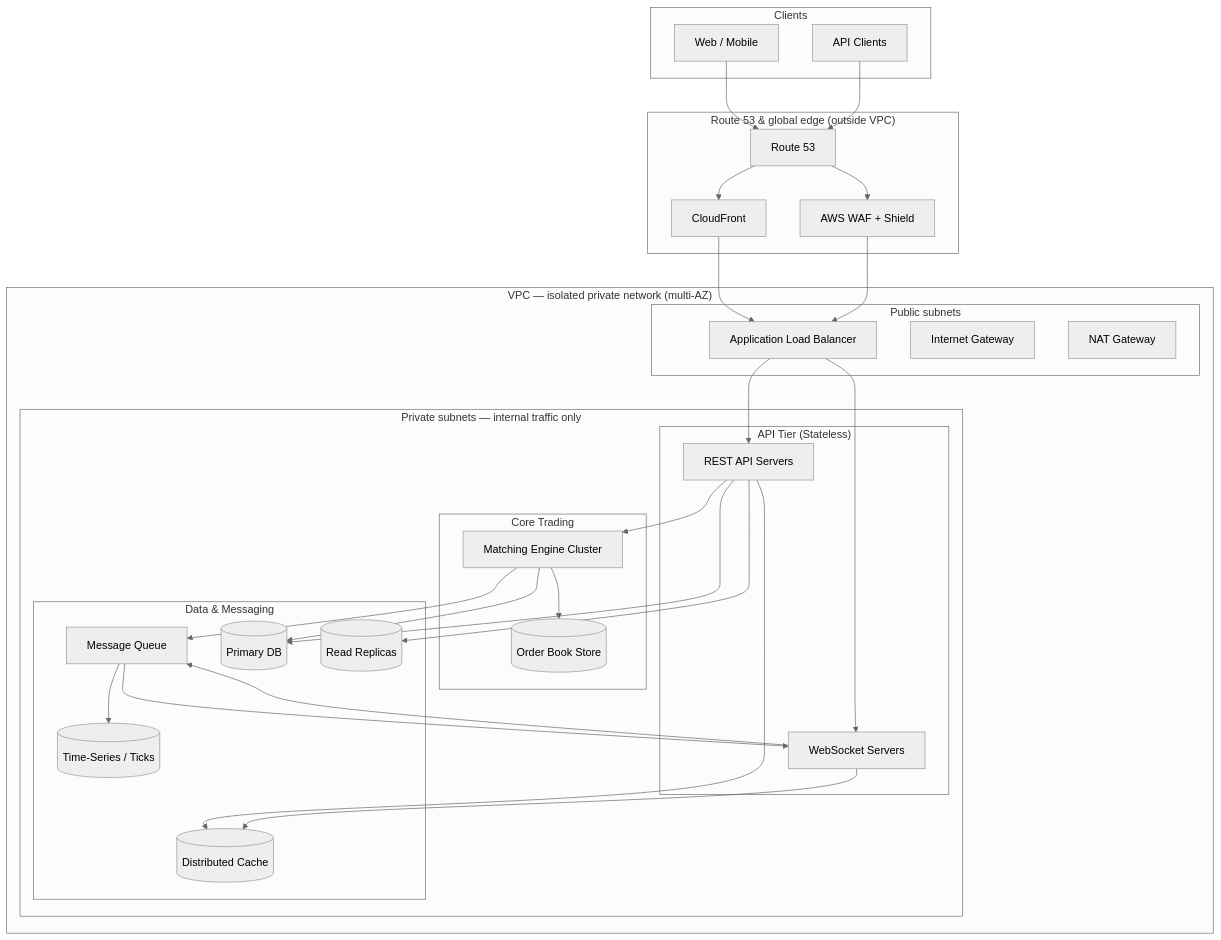
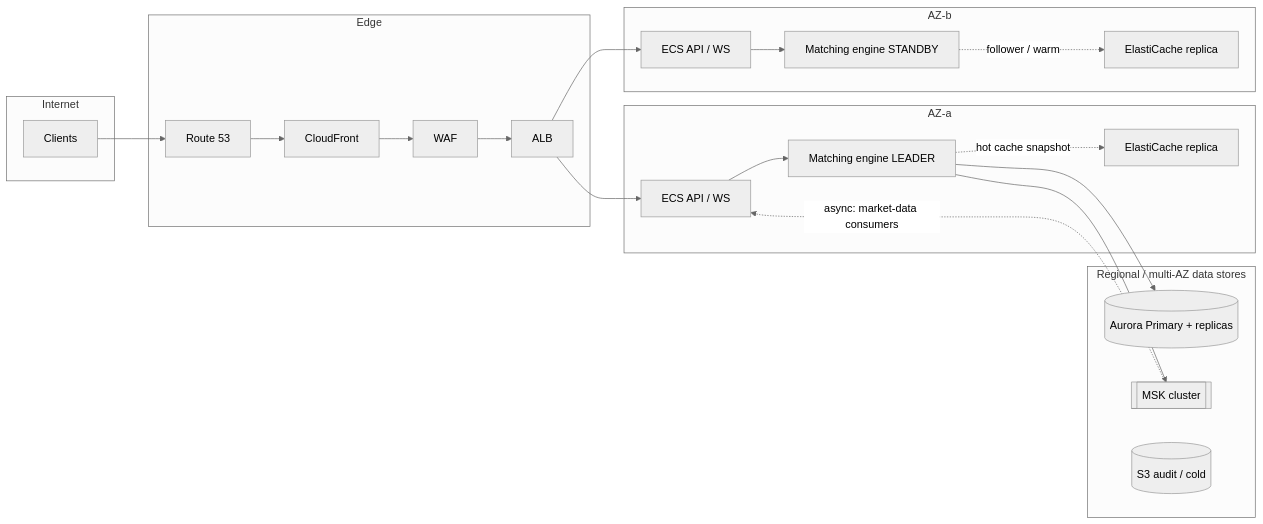
One commit to duclan2703/devops-challenge changed the first of 3 diagrams in src/problem2/SOLUTION.md. Above: the diagram before and after it, drawn with Mermaid (neutral theme). The commit also changed other lines of this file, not shown here.

````diff
--- a/src/problem2/SOLUTION.md
+++ b/src/problem2/SOLUTION.md
@@ -33,58 +46,42 @@
 ```mermaid
-flowchart TB
-    subgraph Clients
-        Web[Web / Mobile]
-        API_Users[API Clients]
+flowchart LR
+    subgraph Internet
+        Clients[Clients]
     end
 
-    subgraph Global["Route 53 & global edge (outside VPC)"]
+    subgraph Edge
         R53[Route 53]
-        CDN[CloudFront]
-        WAF[AWS WAF + Shield]
+        CF[CloudFront]
+        WAF[WAF]
+        ALB[ALB]
     end
 
-    subgraph VPC["VPC — isolated private network (multi-AZ)"]
-        subgraph Public["Public subnets"]
-            ALB[Application Load Balancer]
-            IGW[Internet Gateway]
-            NAT[NAT Gateway]
-        end
-        subgraph Private["Private subnets — internal traffic only"]
-            subgraph API["API Tier (Stateless)"]
-                REST[REST API Servers]
-                WS[WebSocket Servers]
-            end
-            subgraph Core["Core Trading"]
-                ME[Matching Engine Cluster]
-                OB[(Order Book Store)]
-            end
-            subgraph Data["Data & Messaging"]
-                MQ[Message Queue]
-                Cache[(Distributed Cache)]
-                DB[(Primary DB)]
-                Replica[(Read Replicas)]
-                TS[(Time-Series / Ticks)]
-            end
-        end
+    subgraph AZ_A["AZ-a"]
+        ECS_A[ECS API / WS]
+        ME_L[Matching engine LEADER]
+        REDIS_A[ElastiCache replica]
     end
 
-    Web --> R53
-    API_Users --> R53
-    R53 --> CDN
-    R53 --> WAF
-    CDN --> ALB
-    WAF --> ALB
-    ALB --> REST
-    ALB --> WS
-    REST --> ME
-    REST --> Cache
-    REST --> DB
-    REST --> Replica
-    WS --> MQ
-    WS --> Cache
-    ME --> OB
-    ME --> MQ
-    ME --> DB
-    MQ --> WS
-    MQ --> TS
+    subgraph AZ_B["AZ-b"]
+        ECS_B[ECS API / WS]
+        ME_S[Matching engine STANDBY]
+        REDIS_B[ElastiCache replica]
+    end
+
+    subgraph DataRegion["Regional / multi-AZ data stores"]
+        AUR[(Aurora Primary + replicas)]
+        MSK[[MSK cluster]]
+        S3[(S3 audit / cold)]
+    end
+
+    Clients --> R53 --> CF --> WAF --> ALB
+    ALB --> ECS_A
+    ALB --> ECS_B
+    ECS_A --> ME_L
+    ECS_B --> ME_S
+    ME_L --> AUR
+    ME_L --> MSK
+    ME_L -.->|hot cache snapshot| REDIS_A
+    ME_S -.->|follower / warm| REDIS_B
+    MSK -.->|async: market-data consumers| ECS_A
 ```
````
